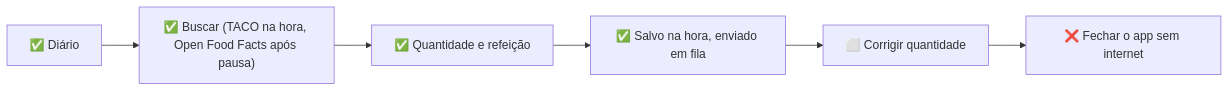
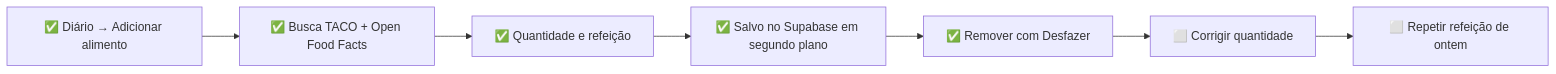
Before and after one commit to willians-e-silva/treina: the fourth of 9 diagrams in audit/analysis.md, drawn with Mermaid. The commit also changed other lines of this file and 14 other files, not shown here.

````diff
--- a/audit/analysis.md
+++ b/audit/analysis.md
@@ -2095,14 +2180,16 @@
 ```mermaid
 flowchart LR
-  s0["✅ Diário"]
-  s1["✅ Buscar (TACO na hora, Open Food Facts após pausa)"]
+  s0["✅ Diário → Adicionar alimento"]
+  s1["✅ Busca TACO + Open Food Facts"]
   s0 --> s1
   s2["✅ Quantidade e refeição"]
   s1 --> s2
-  s3["✅ Salvo na hora, enviado em fila"]
+  s3["✅ Salvo no Supabase em segundo plano"]
   s2 --> s3
-  s4["⬜ Corrigir quantidade"]
+  s4["✅ Remover com Desfazer"]
   s3 --> s4
-  s5["❌ Fechar o app sem internet"]
+  s5["⬜ Corrigir quantidade"]
   s4 --> s5
+  s6["⬜ Repetir refeição de ontem"]
+  s5 --> s6
 ```
````
